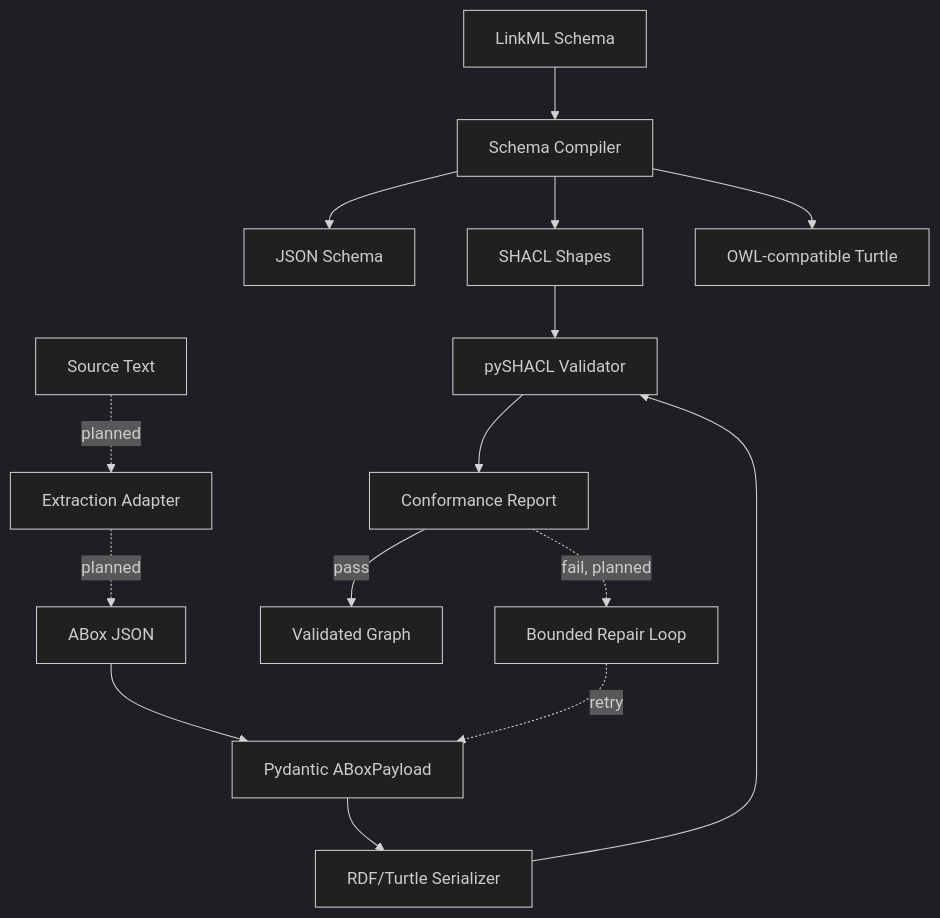
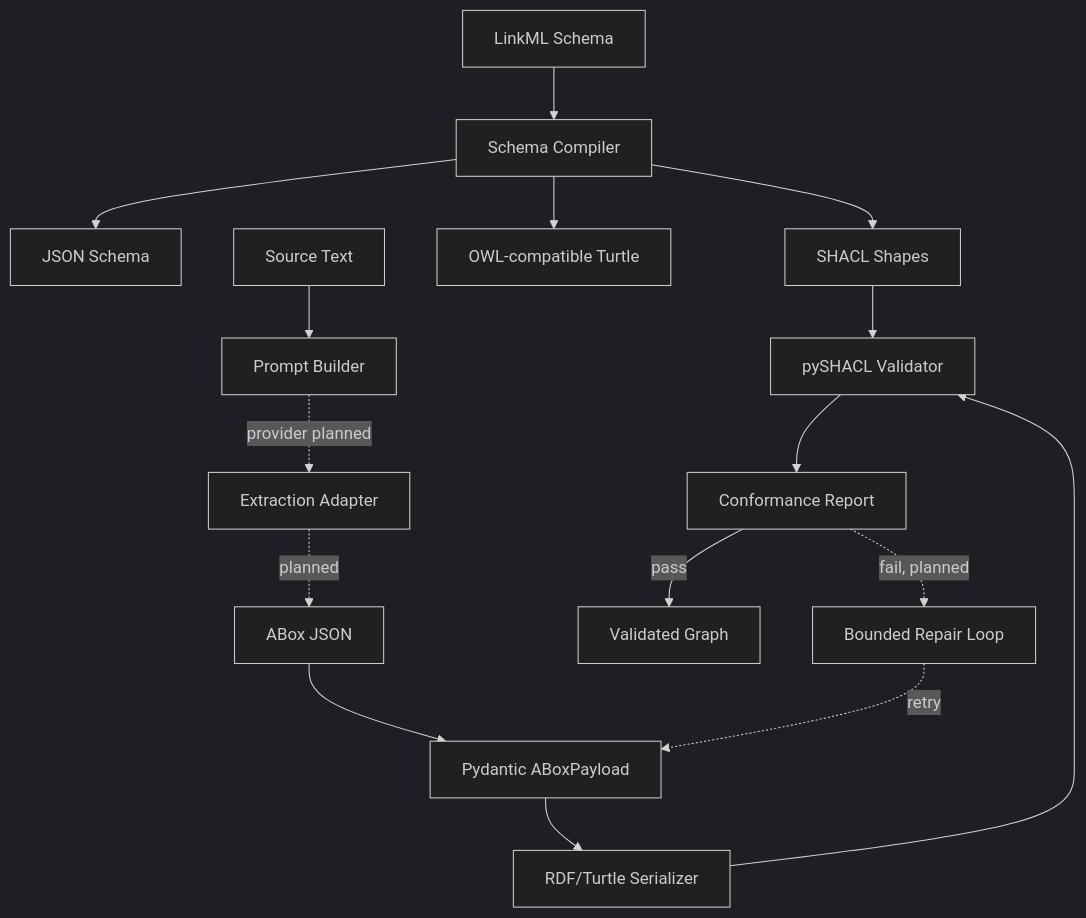
Before and after one commit to sinonchum/NeuroOntoGen: the diagram in README.md, drawn with Mermaid (dark theme). The commit also changed other lines of this file and 2 other files, not shown here.

Commit message:
feat: add schema-constrained prompt builder

````diff
--- a/README.md
+++ b/README.md
@@ -62,20 +63,21 @@
 ```mermaid
 graph TB
     S[LinkML Schema] --> C[Schema Compiler]
     C --> JS[JSON Schema]
     C --> SH[SHACL Shapes]
     C --> OWL[OWL-compatible Turtle]
 
-    TXT[Source Text] -. planned .-> EX[Extraction Adapter]
+    TXT[Source Text] --> PR[Prompt Builder]
+    PR -. provider planned .-> EX[Extraction Adapter]
     EX -. planned .-> JSON[ABox JSON]
     JSON --> P[Pydantic ABoxPayload]
 
     P --> RDF[RDF/Turtle Serializer]
     RDF --> V[pySHACL Validator]
     SH --> V
     V --> R[Conformance Report]
 
     R -->|pass| OUT[Validated Graph]
     R -. fail, planned .-> REP[Bounded Repair Loop]
     REP -. retry .-> P
 ```
````
